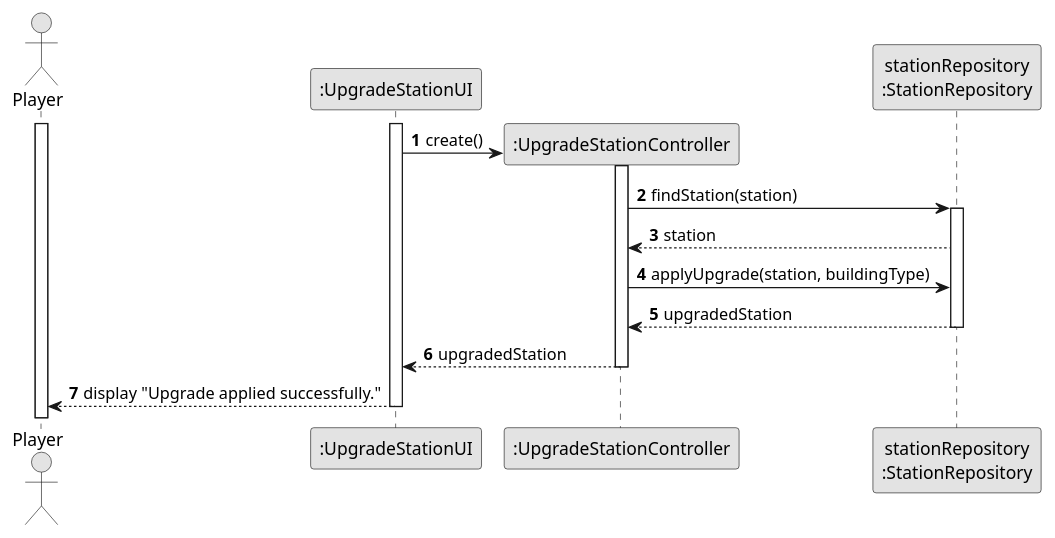
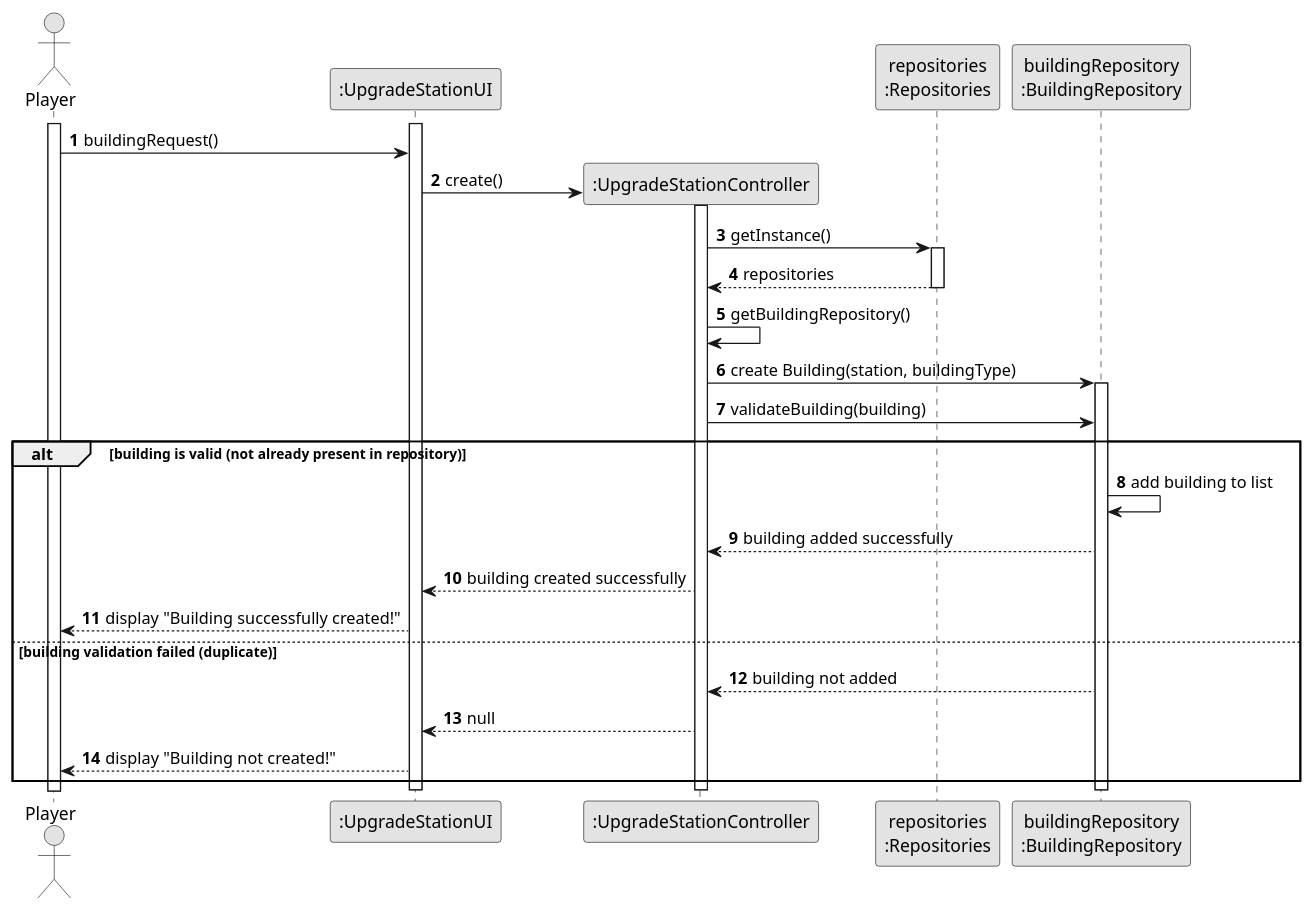
Before and after one commit to goncalolopesp/sem2-pi-24.25-g093-repo: the diagram in docs/system-documentation/US006/03.design/puml/US006-SD-applyAndSuccess.puml, drawn with PlantUML. The commit also changed 13 other files, not shown here.

```diff
--- a/docs/system-documentation/US006/03.design/puml/US006-SD-applyAndSuccess.puml
+++ b/docs/system-documentation/US006/03.design/puml/US006-SD-applyAndSuccess.puml
@@ -1,31 +1,50 @@
 @startuml US006-SD-applyAndSuccess
 skinparam monochrome true
 skinparam packageStyle rectangle
 skinparam shadowing false
+
 autonumber
 
 actor "Player" as Player
 participant ":UpgradeStationUI" as UpgradeStationUI
-
+participant ":UpgradeStationController" as UpgradeStationController
+participant "repositories\n:Repositories" as Repo
+participant "buildingRepository\n:BuildingRepository" as BuildingRepository
 
 activate Player
 activate UpgradeStationUI
-create ":UpgradeStationController" as UpgradeStationController
-UpgradeStationUI -> UpgradeStationController : create()
+
+Player -> UpgradeStationUI : buildingRequest()
+create UpgradeStationController
+UpgradeStationUI -> UpgradeStationController  : create()
 activate UpgradeStationController
-participant "stationRepository\n:StationRepository" as stationRepository
-UpgradeStationController -> stationRepository : findStation(station)
-activate stationRepository
-stationRepository --> UpgradeStationController : station
+UpgradeStationController -> Repo : getInstance()
+activate Repo
+Repo --> UpgradeStationController : repositories
+deactivate Repo
 
+UpgradeStationController -> UpgradeStationController : getBuildingRepository()
 
-UpgradeStationController -> stationRepository : applyUpgrade(station, buildingType)
-stationRepository --> UpgradeStationController : upgradedStation
-deactivate stationRepository
+UpgradeStationController -> BuildingRepository : create Building(station, buildingType)
+activate BuildingRepository
+UpgradeStationController -> BuildingRepository : validateBuilding(building)
 
-UpgradeStationController --> UpgradeStationUI : upgradedStation
+alt building is valid (not already present in repository)
+    BuildingRepository -> BuildingRepository : add building to list
+    BuildingRepository --> UpgradeStationController : building added successfully
+
+    UpgradeStationController --> UpgradeStationUI : building created successfully
+    UpgradeStationUI --> Player : display "Building successfully created!"
+
+else building validation failed (duplicate)
+    BuildingRepository --> UpgradeStationController : building not added
+
+    UpgradeStationController --> UpgradeStationUI : null
+    UpgradeStationUI --> Player : display "Building not created!"
+end
+
+deactivate BuildingRepository
 deactivate UpgradeStationController
+deactivate UpgradeStationUI
 
-UpgradeStationUI --> Player : display "Upgrade applied successfully."
-deactivate UpgradeStationUI
 @enduml
```
